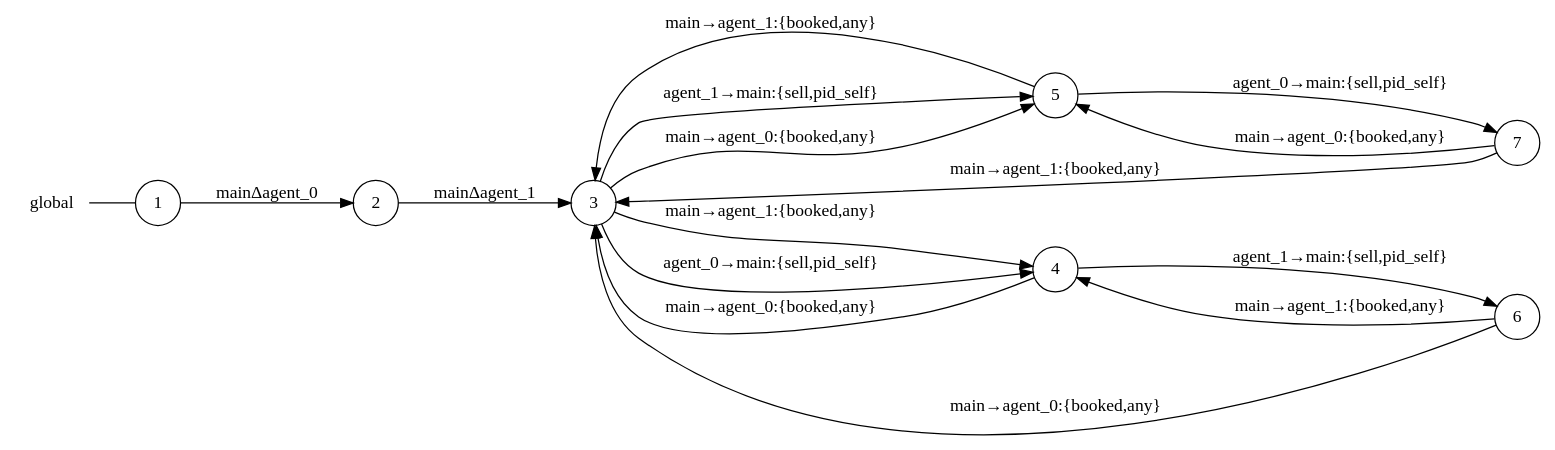
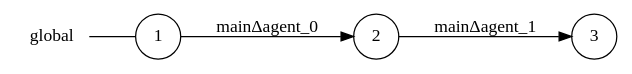
The diagram in examples/airline/main_global_view.dot (gabrielegenovese/chorer), drawn with Graphviz before and after one commit. The commit also changed 32 other files, not shown here.

```diff
--- a/examples/airline/main_global_view.dot
+++ b/examples/airline/main_global_view.dot
@@ -1,27 +1,11 @@
 digraph global {
 	rankdir="LR";
 	n_0 [label="global", shape="plaintext"];
-	n_1 [id="5", shape=circle, label="5"];
-	n_2 [id="6", shape=circle, label="6"];
-	n_3 [id="1", shape=circle, label="1"];
-	n_0 -> n_3 [arrowhead=none];
-	n_4 [id="2", shape=circle, label="2"];
-	n_5 [id="4", shape=circle, label="4"];
-	n_6 [id="7", shape=circle, label="7"];
-	n_7 [id="3", shape=circle, label="3"];
+	n_1 [id="1", shape=circle, label="1"];
+	n_0 -> n_1 [arrowhead=none];
+	n_2 [id="2", shape=circle, label="2"];
+	n_3 [id="3", shape=circle, label="3"];
 
-	n_4 -> n_7 [id="[$e|1]", label="mainΔagent_1"];
-	n_3 -> n_4 [id="[$e|0]", label="mainΔagent_0"];
-	n_2 -> n_5 [id="[$e|9]", label="main→agent_1:{booked,any}"];
-	n_5 -> n_2 [id="[$e|4]", label="agent_1→main:{sell,pid_self}"];
-	n_7 -> n_5 [id="[$e|12]", label="main→agent_1:{booked,any}"];
-	n_7 -> n_5 [id="[$e|2]", label="agent_0→main:{sell,pid_self}"];
-	n_1 -> n_7 [id="[$e|7]", label="main→agent_1:{booked,any}"];
-	n_1 -> n_6 [id="[$e|6]", label="agent_0→main:{sell,pid_self}"];
-	n_6 -> n_1 [id="[$e|10]", label="main→agent_0:{booked,any}"];
-	n_5 -> n_7 [id="[$e|5]", label="main→agent_0:{booked,any}"];
-	n_6 -> n_7 [id="[$e|11]", label="main→agent_1:{booked,any}"];
-	n_7 -> n_1 [id="[$e|3]", label="agent_1→main:{sell,pid_self}"];
-	n_2 -> n_7 [id="[$e|8]", label="main→agent_0:{booked,any}"];
-	n_7 -> n_1 [id="[$e|13]", label="main→agent_0:{booked,any}"];
+	n_1 -> n_2 [id="[$e|1]", label="mainΔagent_0"];
+	n_2 -> n_3 [id="[$e|0]", label="mainΔagent_1"];
 }
```
